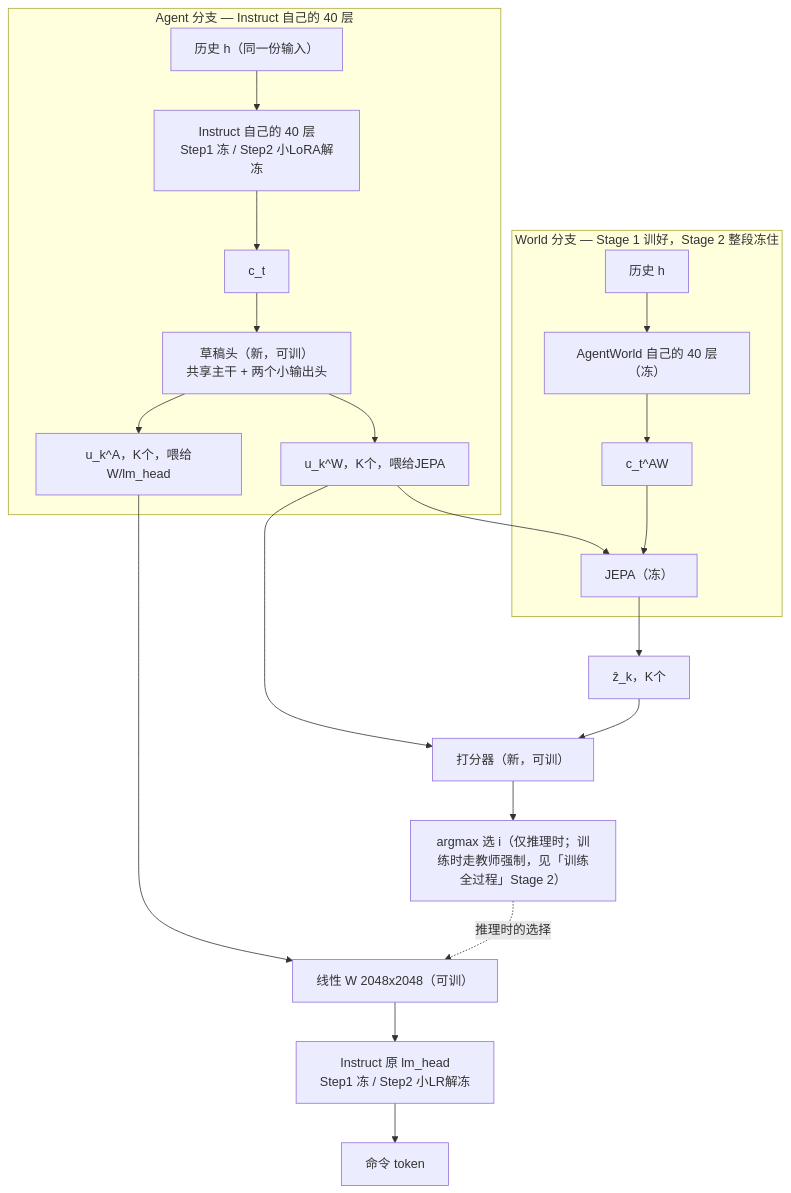
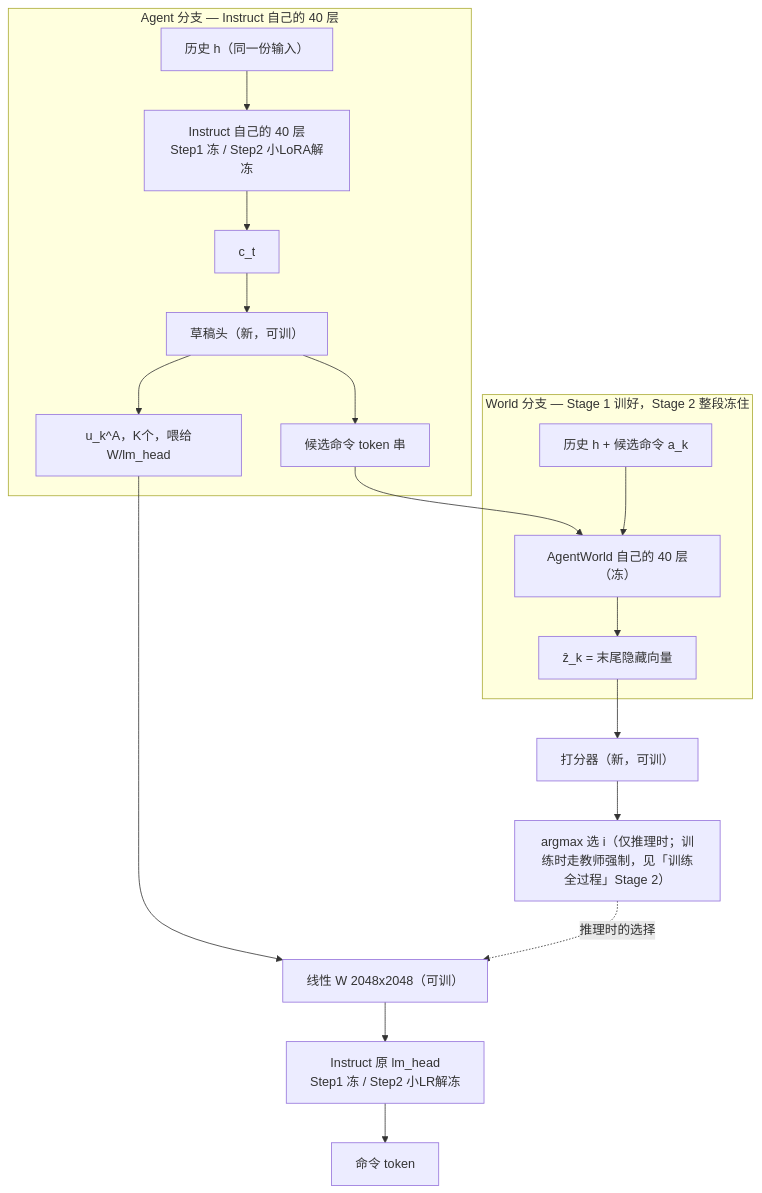
The first of 2 diagrams in AGENTS.md (MegaGimen/BIV), drawn with Mermaid before and after one commit. The commit also changed other lines of this file and 17 other files, not shown here.

````diff
--- a/AGENTS.md
+++ b/AGENTS.md
@@ -114,26 +114,23 @@
 ```mermaid
 flowchart TD
     subgraph WORLD["World 分支 — Stage 1 训好，Stage 2 整段冻住"]
-        H1["历史 h"] --> AWBB["AgentWorld 自己的 40 层（冻）"]
-        AWBB --> CTW["c_t^AW"]
-        CTW --> JEPA["JEPA（冻）"]
+        H1["历史 h + 候选命令 a_k"] --> AWBB["AgentWorld 自己的 40 层（冻）"]
+        AWBB --> ZHAT["ẑ_k = 末尾隐藏向量"]
     end
 
     subgraph AGENT["Agent 分支 — Instruct 自己的 40 层"]
         H2["历史 h（同一份输入）"] --> INSBB["Instruct 自己的 40 层<br/>Step1 冻 / Step2 小LoRA解冻"]
         INSBB --> CT["c_t"]
-        CT --> DRAFT["草稿头（新，可训）<br/>共享主干 + 两个小输出头"]
-        DRAFT --> UW["u_k^W，K个，喂给JEPA"]
+        CT --> DRAFT["草稿头（新，可训）"]
         DRAFT --> UA["u_k^A，K个，喂给W/lm_head"]
+        DRAFT --> AK["候选命令 token 串"]
     end
 
-    UW --> JEPA
-    JEPA --> ZHAT["ẑ_k，K个"]
+    AK --> AWBB
     ZHAT --> SCORER["打分器（新，可训）"]
-    UW --> SCORER
     SCORER --> PICK["argmax 选 i（仅推理时；训练时走教师强制，见「训练全过程」Stage 2）"]
     UA --> WMAT["线性 W 2048x2048（可训）"]
     PICK -. 推理时的选择 .-> WMAT
     WMAT --> LMHEAD["Instruct 原 lm_head<br/>Step1 冻 / Step2 小LR解冻"]
     LMHEAD --> CMD["命令 token"]
 ```
````
